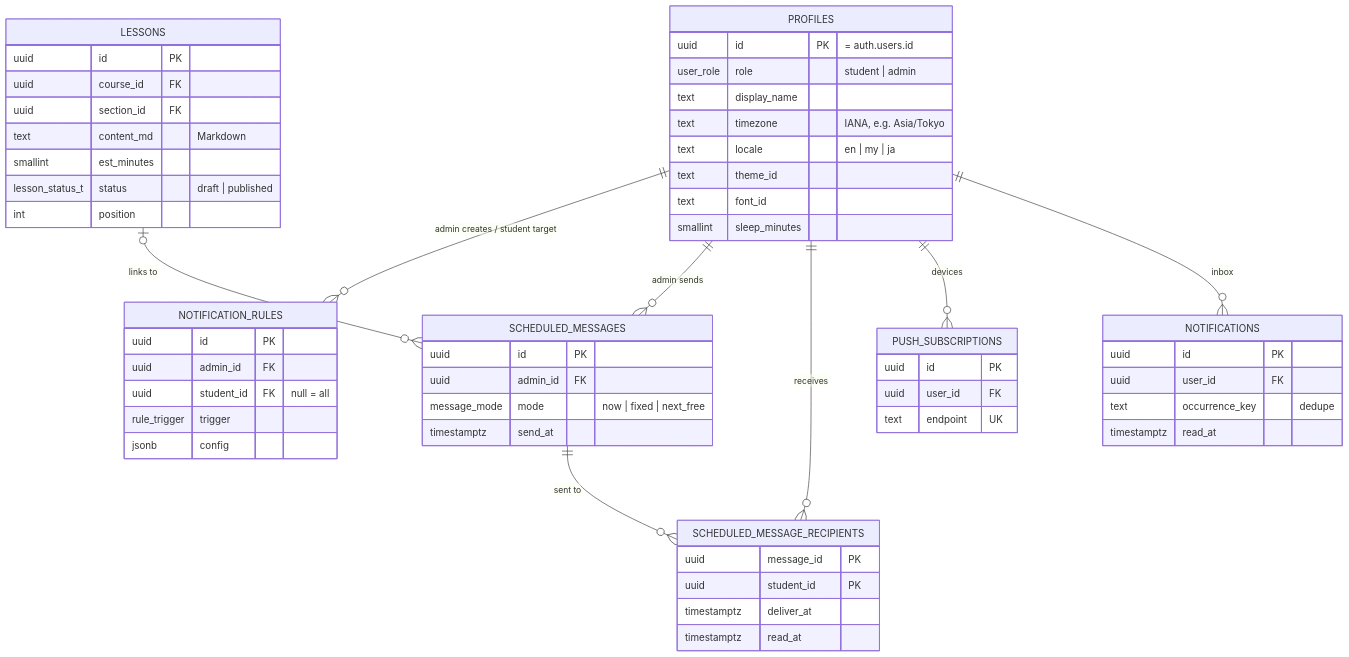
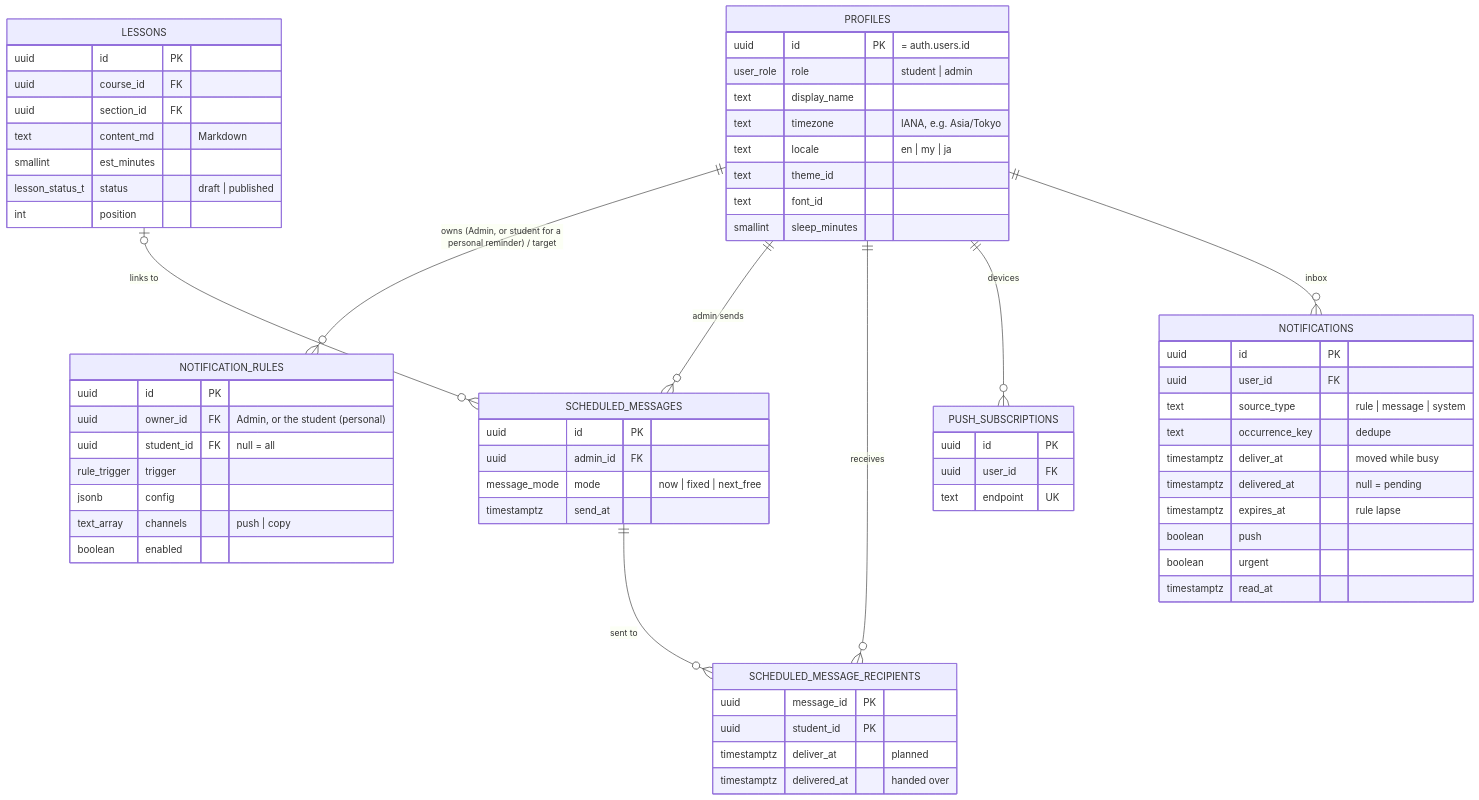
One commit to zphtet/StudyMate changed the diagram in docs/data-model-3-notifications.mmd. Above: the diagram before and after it, drawn with Mermaid. The commit also changed 6 other files, not shown here.

```diff
--- a/docs/data-model-3-notifications.mmd
+++ b/docs/data-model-3-notifications.mmd
@@ -1,58 +1,66 @@
 erDiagram
-  PROFILES ||--o{ NOTIFICATION_RULES : "admin creates / student target"
+  PROFILES ||--o{ NOTIFICATION_RULES : "owns (Admin, or student for a personal reminder) / target"
   PROFILES ||--o{ SCHEDULED_MESSAGES : "admin sends"
   SCHEDULED_MESSAGES ||--o{ SCHEDULED_MESSAGE_RECIPIENTS : "sent to"
   PROFILES ||--o{ SCHEDULED_MESSAGE_RECIPIENTS : receives
   LESSONS |o--o{ SCHEDULED_MESSAGES : "links to"
   PROFILES ||--o{ PUSH_SUBSCRIPTIONS : devices
   PROFILES ||--o{ NOTIFICATIONS : inbox
 
   PROFILES {
     uuid id PK "= auth.users.id"
     user_role role "student | admin"
     text display_name
     text timezone "IANA, e.g. Asia/Tokyo"
     text locale "en | my | ja"
     text theme_id
     text font_id
     smallint sleep_minutes
   }
   LESSONS {
     uuid id PK
     uuid course_id FK
     uuid section_id FK
     text content_md "Markdown"
     smallint est_minutes
     lesson_status_t status "draft | published"
     int position
   }
   NOTIFICATION_RULES {
     uuid id PK
-    uuid admin_id FK
+    uuid owner_id FK "Admin, or the student (personal)"
     uuid student_id FK "null = all"
     rule_trigger trigger
     jsonb config
+    text_array channels "push | copy"
+    boolean enabled
   }
   SCHEDULED_MESSAGES {
     uuid id PK
     uuid admin_id FK
     message_mode mode "now | fixed | next_free"
     timestamptz send_at
   }
   SCHEDULED_MESSAGE_RECIPIENTS {
     uuid message_id PK
     uuid student_id PK
-    timestamptz deliver_at
-    timestamptz read_at
+    timestamptz deliver_at "planned"
+    timestamptz delivered_at "handed over"
   }
   PUSH_SUBSCRIPTIONS {
     uuid id PK
     uuid user_id FK
     text endpoint UK
   }
   NOTIFICATIONS {
     uuid id PK
     uuid user_id FK
+    text source_type "rule | message | system"
     text occurrence_key "dedupe"
+    timestamptz deliver_at "moved while busy"
+    timestamptz delivered_at "null = pending"
+    timestamptz expires_at "rule lapse"
+    boolean push
+    boolean urgent
     timestamptz read_at
   }
```
